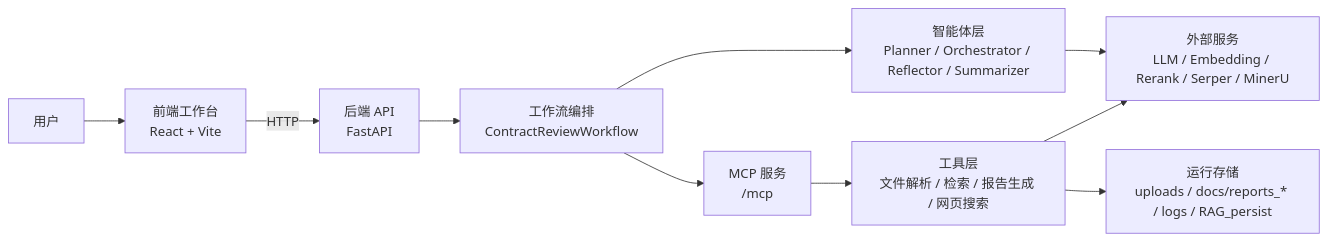
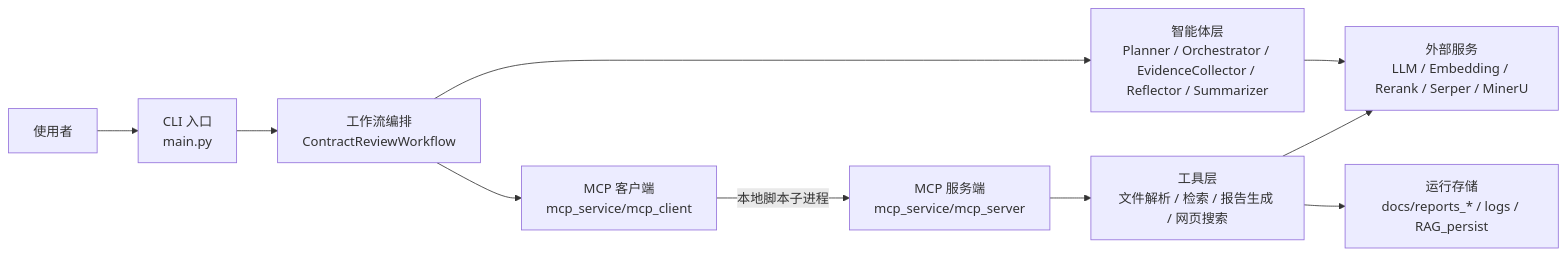
Before and after one commit to HoeTee/contract_agent: the first of 6 diagrams in project_intro/ARCHITECTURE.md, drawn with Mermaid. The commit also changed other lines of this file and 10 other files, not shown here.

````diff
--- a/project_intro/ARCHITECTURE.md
+++ b/project_intro/ARCHITECTURE.md
@@ -16,22 +18,22 @@
 ```mermaid
 flowchart LR
-    U[用户]
-    FE[前端工作台<br/>React + Vite]
-    API[后端 API<br/>FastAPI]
+    U[使用者]
+    CLI[CLI 入口<br/>main.py]
     WF[工作流编排<br/>ContractReviewWorkflow]
-    AG[智能体层<br/>Planner / Orchestrator / Reflector / Summarizer]
-    MCP[MCP 服务<br/>/mcp]
+    AG[智能体层<br/>Planner / Orchestrator / EvidenceCollector / Reflector / Summarizer]
+    MCPC[MCP 客户端<br/>mcp_service/mcp_client]
+    MCPS[MCP 服务端<br/>mcp_service/mcp_server]
     TOOLS[工具层<br/>文件解析 / 检索 / 报告生成 / 网页搜索]
-    STORE[运行存储<br/>uploads / docs/reports_* / logs / RAG_persist]
+    STORE[运行存储<br/>docs/reports_* / logs / RAG_persist]
     EXT[外部服务<br/>LLM / Embedding / Rerank / Serper / MinerU]
 
-    U --> FE
-    FE -->|HTTP| API
-    API --> WF
+    U --> CLI
+    CLI --> WF
     WF --> AG
-    WF --> MCP
-    MCP --> TOOLS
+    WF --> MCPC
+    MCPC -->|本地脚本子进程| MCPS
+    MCPS --> TOOLS
     TOOLS --> STORE
     AG --> EXT
     TOOLS --> EXT
 ```
````
